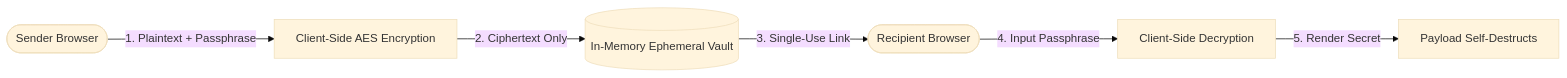
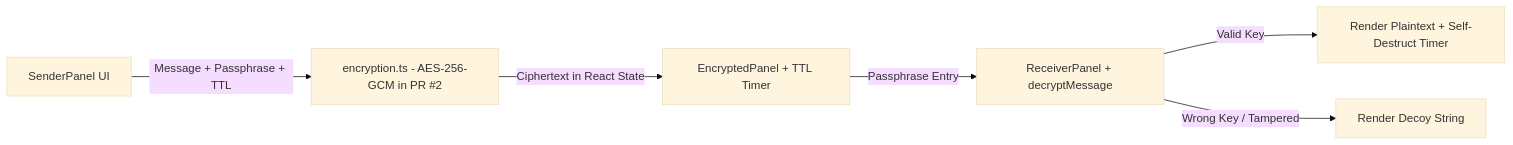
The diagram in README.md (StratagemVX/Secret-snap), drawn with Mermaid (base theme) before and after one commit. The commit also changed other lines of this file, not shown here.

````diff
--- a/README.md
+++ b/README.md
@@ -30,8 +32,8 @@
 ```mermaid
 flowchart LR
-    Sender([Sender Browser]) -->|1. Plaintext + Passphrase| Enc[Client-Side AES Encryption]
-    Enc -->|2. Ciphertext Only| Server[(In-Memory Ephemeral Vault)]
-    Server -->|3. Single-Use Link| Recipient([Recipient Browser])
-    Recipient -->|4. Input Passphrase| Dec[Client-Side Decryption]
-    Dec -->|5. Render Secret| Burn[Payload Self-Destructs]
+    Sender[SenderPanel UI] -->|Message + Passphrase + TTL| Enc[encryption.ts - AES-256-GCM in PR #2]
+    Enc -->|Ciphertext in React State| View[EncryptedPanel + TTL Timer]
+    View -->|Passphrase Entry| Dec[ReceiverPanel + decryptMessage]
+    Dec -->|Valid Key| Plain[Render Plaintext + Self-Destruct Timer]
+    Dec -->|Wrong Key / Tampered| Decoy[Render Decoy String]
 ```
````
